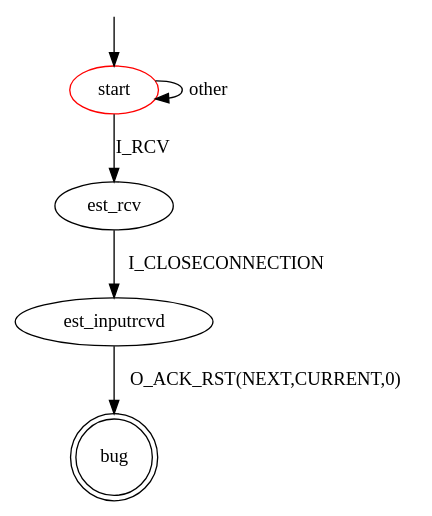
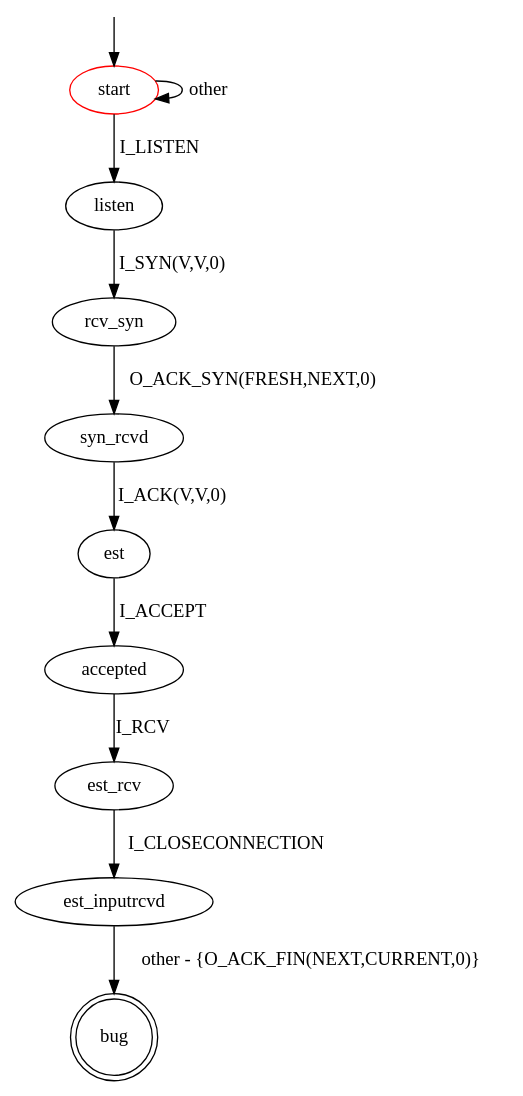
One commit to assist-project/state-machine-bug-finder changed the diagram in src/main/resources/patterns/tcp/server/unexpected_rst.dot. Above: the diagram before and after it, drawn with Graphviz. The commit also changed 5 other files, not shown here.

Commit message:
update upexpected_rst bug pattern

```diff
--- a/src/main/resources/patterns/tcp/server/unexpected_rst.dot
+++ b/src/main/resources/patterns/tcp/server/unexpected_rst.dot
@@ -1,13 +1,24 @@
 digraph G {
 label=""
 start [color="red"]
 bug [shape="doublecircle"]
 
-start -> est_rcv [label="I_RCV"]
 start -> start [label="other"]
+start -> listen [label="I_LISTEN"]
+
+listen -> rcv_syn [label="I_SYN(V,V,0)"]
+
+rcv_syn -> syn_rcvd [label="O_ACK_SYN(FRESH,NEXT,0)"]
+
+syn_rcvd -> est [label="I_ACK(V,V,0)"]
+
+est -> accepted [label="I_ACCEPT"]
+
+accepted -> est_rcv [label="I_RCV"]
+
 est_rcv -> est_inputrcvd [label="I_CLOSECONNECTION"]
-est_inputrcvd -> bug [label="O_ACK_RST(NEXT,CURRENT,0)"]
+est_inputrcvd -> bug [label="other - {O_ACK_FIN(NEXT,CURRENT,0)}"]
 
 __start0 [label="" shape="none" width="0" height="0"];
 __start0 -> start;
 }
```
